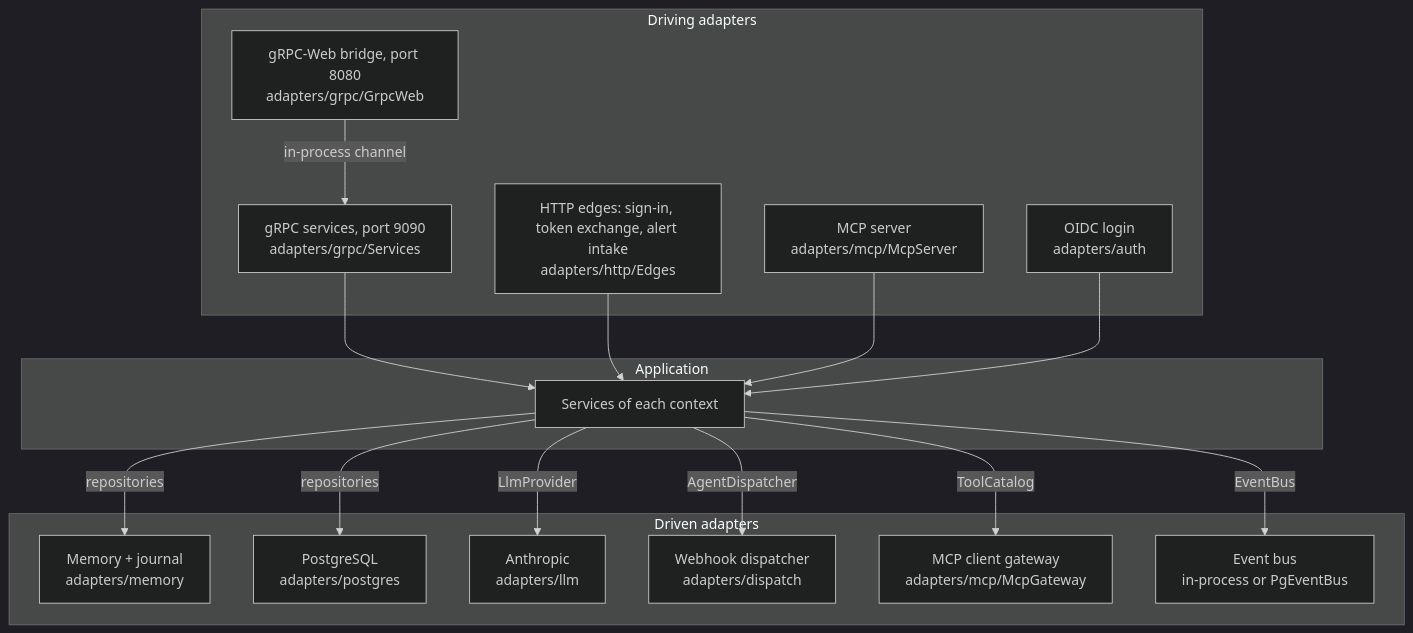
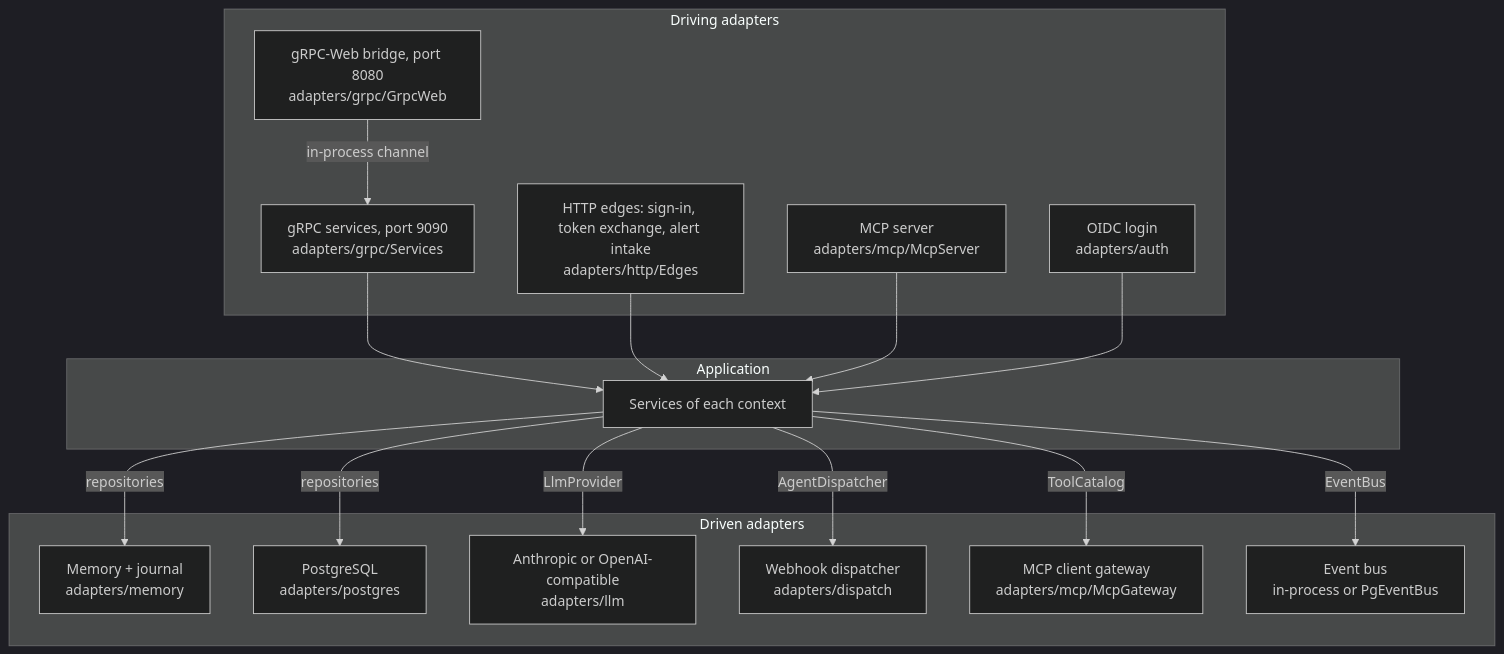
Before and after one commit to gigabrain-ideas/mayday: the second of 4 diagrams in docs/architecture.md, drawn with Mermaid (dark theme). The commit also changed other lines of this file and 72 other files, not shown here.

````diff
--- a/docs/architecture.md
+++ b/docs/architecture.md
@@ -64,32 +66,32 @@
 ```mermaid
 flowchart TB
   subgraph Driving adapters
     GRPC[gRPC services, port 9090<br/>adapters/grpc/Services]
     GWEB[gRPC-Web bridge, port 8080<br/>adapters/grpc/GrpcWeb]
     EDGE[HTTP edges: sign-in, token exchange, alert intake<br/>adapters/http/Edges]
     MCPS[MCP server<br/>adapters/mcp/McpServer]
     OIDC[OIDC login<br/>adapters/auth]
   end
   GWEB -- in-process channel --> GRPC
   subgraph Application
     SVC[Services of each context]
   end
   subgraph Driven adapters
     MEM[Memory + journal<br/>adapters/memory]
     PG[PostgreSQL<br/>adapters/postgres]
-    LLM[Anthropic<br/>adapters/llm]
+    LLM[Anthropic or OpenAI-compatible<br/>adapters/llm]
     WH[Webhook dispatcher<br/>adapters/dispatch]
     GW[MCP client gateway<br/>adapters/mcp/McpGateway]
     BUS[Event bus<br/>in-process or PgEventBus]
   end
   GRPC --> SVC
   EDGE --> SVC
   MCPS --> SVC
   OIDC --> SVC
   SVC -- repositories --> MEM
   SVC -- repositories --> PG
   SVC -- LlmProvider --> LLM
   SVC -- AgentDispatcher --> WH
   SVC -- ToolCatalog --> GW
   SVC -- EventBus --> BUS
 ```
````
